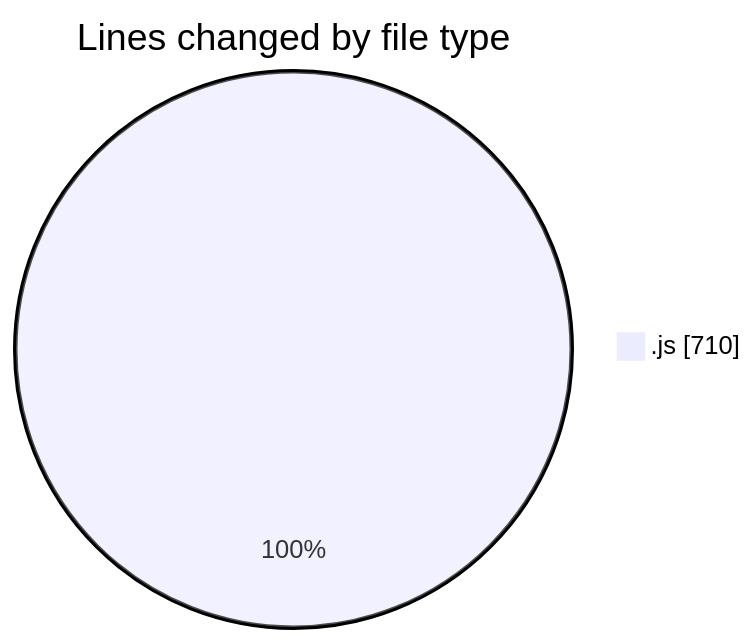
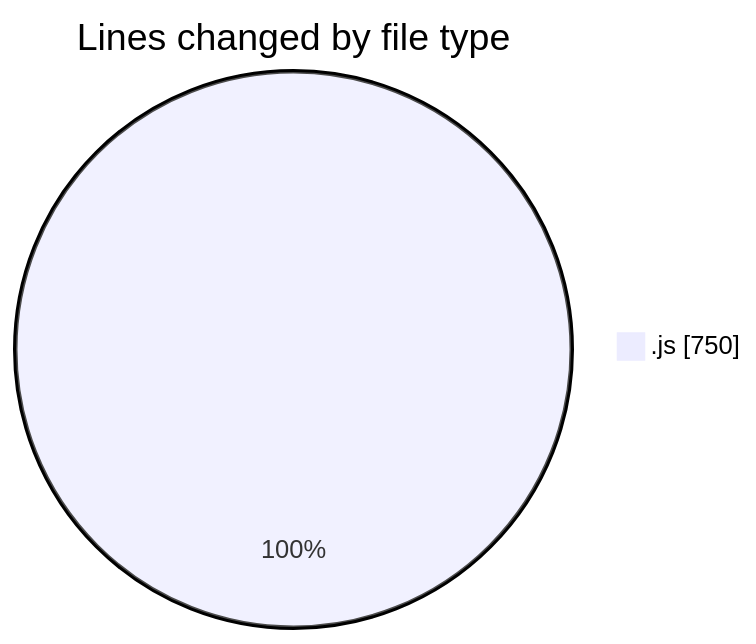
Before and after one commit to nxtqubesakshisongat/code-tracking: the first of 2 diagrams in 2025-09-08/cashcalculator/README.md, drawn with Mermaid. The commit also changed other lines of this file and 1 other file, not shown here.

````diff
--- a/2025-09-08/cashcalculator/README.md
+++ b/2025-09-08/cashcalculator/README.md
@@ -20,5 +20,5 @@
 ```mermaid
 pie showData
 title Lines changed by file type
-".js" : 710
+".js" : 750
 ```
````
